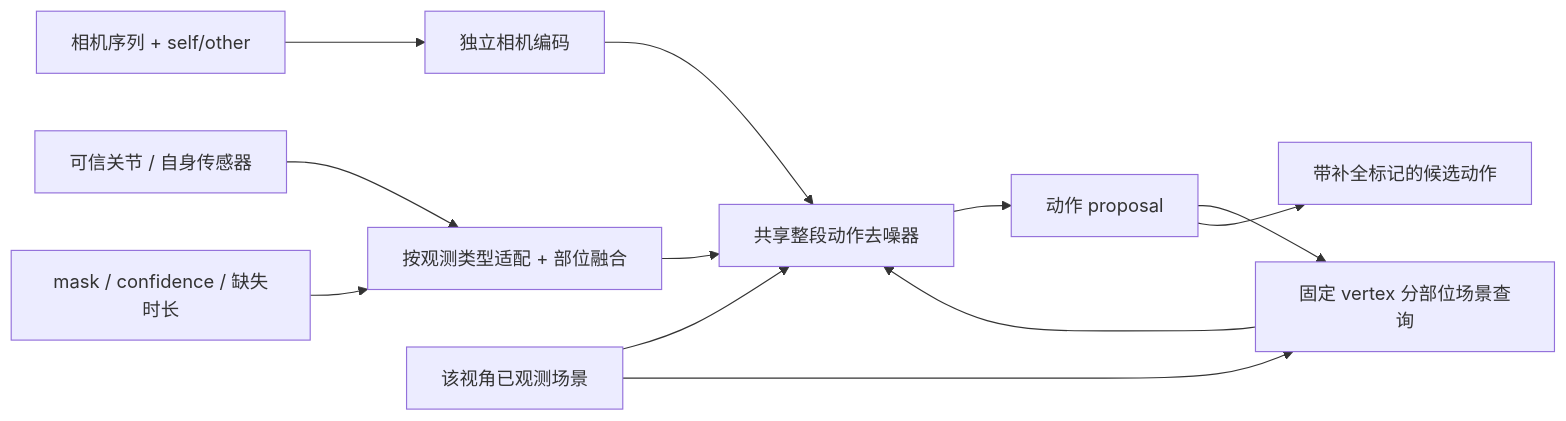
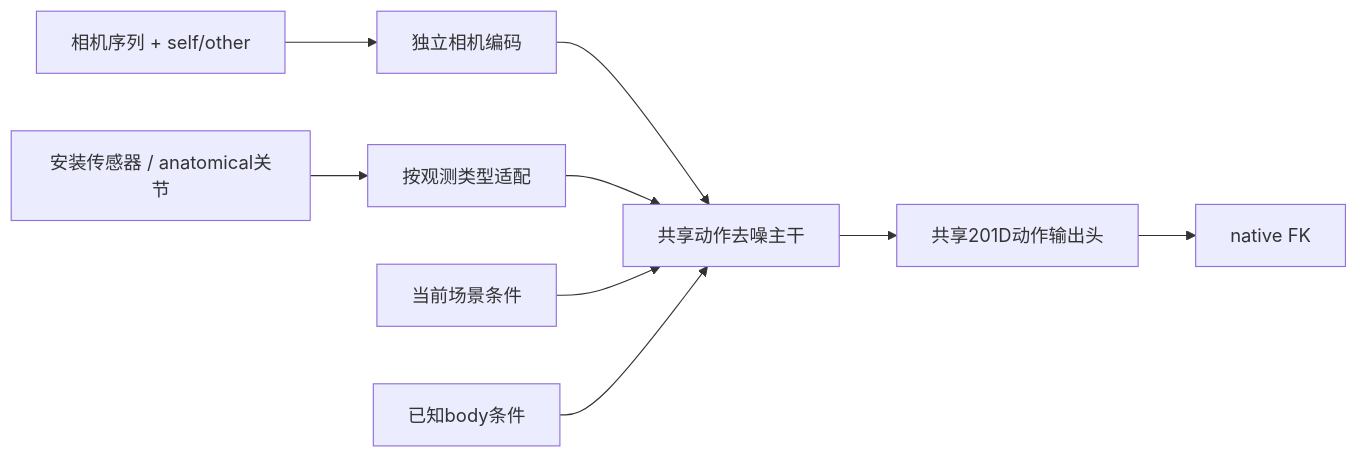
Before and after one commit to Wendy-xinn/SceneMI: the diagram in experiments/offline_camera_retrain_v1/runs/ego_exo_surface_continue_oct11/OBSERVER_TARGET_UNIFICATION_zh.md, drawn with Mermaid. The commit also changed other lines of this file and 2 other files, not shown here.

````diff
--- a/experiments/offline_camera_retrain_v1/runs/ego_exo_surface_continue_oct11/OBSERVER_TARGET_UNIFICATION_zh.md
+++ b/experiments/offline_camera_retrain_v1/runs/ego_exo_surface_continue_oct11/OBSERVER_TARGET_UNIFICATION_zh.md
@@ -35,14 +24,11 @@
 ```mermaid
 flowchart LR
     C[相机序列 + self/other] --> CE[独立相机编码]
-    O[可信关节 / 自身传感器] --> OA[按观测类型适配 + 部位融合]
-    M[mask / confidence / 缺失时长] --> OA
-    CE --> D[共享整段动作去噪器]
+    O[安装传感器 / anatomical关节] --> OA[按观测类型适配]
+    CE --> D[共享动作去噪主干]
     OA --> D
-    S[该视角已观测场景] --> D
-    D --> P[动作 proposal]
-    P --> Q[固定 vertex 分部位场景查询]
-    S --> Q
-    Q --> D
-    P --> R[带补全标记的候选动作]
+    S[当前场景条件] --> D
+    B[已知body条件] --> D
+    D --> H[共享201D动作输出头]
+    H --> F[native FK]
 ```
````
